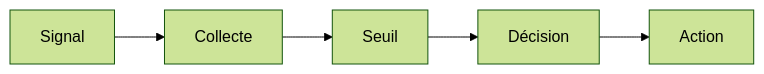
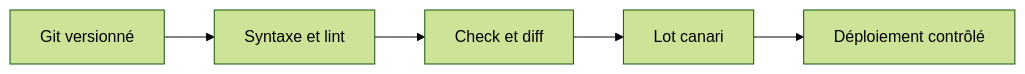
The first of 6 diagrams in content/lessons/maint-automatisation-intermediaire.md (biggyseven/Skill-Tree), drawn with Mermaid (forest theme) before and after one commit. The commit also changed other lines of this file, not shown here.

````diff
--- a/content/lessons/maint-automatisation-intermediaire.md
+++ b/content/lessons/maint-automatisation-intermediaire.md
@@ -47,4 +47,7 @@
 ```mermaid
 flowchart LR
-  A[Signal] --> B[Collecte] --> C[Seuil] --> D[Décision] --> E[Action]
+  A[Git versionné] --> B[Syntaxe et lint]
+  B --> C[Check et diff]
+  C --> D[Lot canari]
+  D --> E[Déploiement contrôlé]
 ```
````
